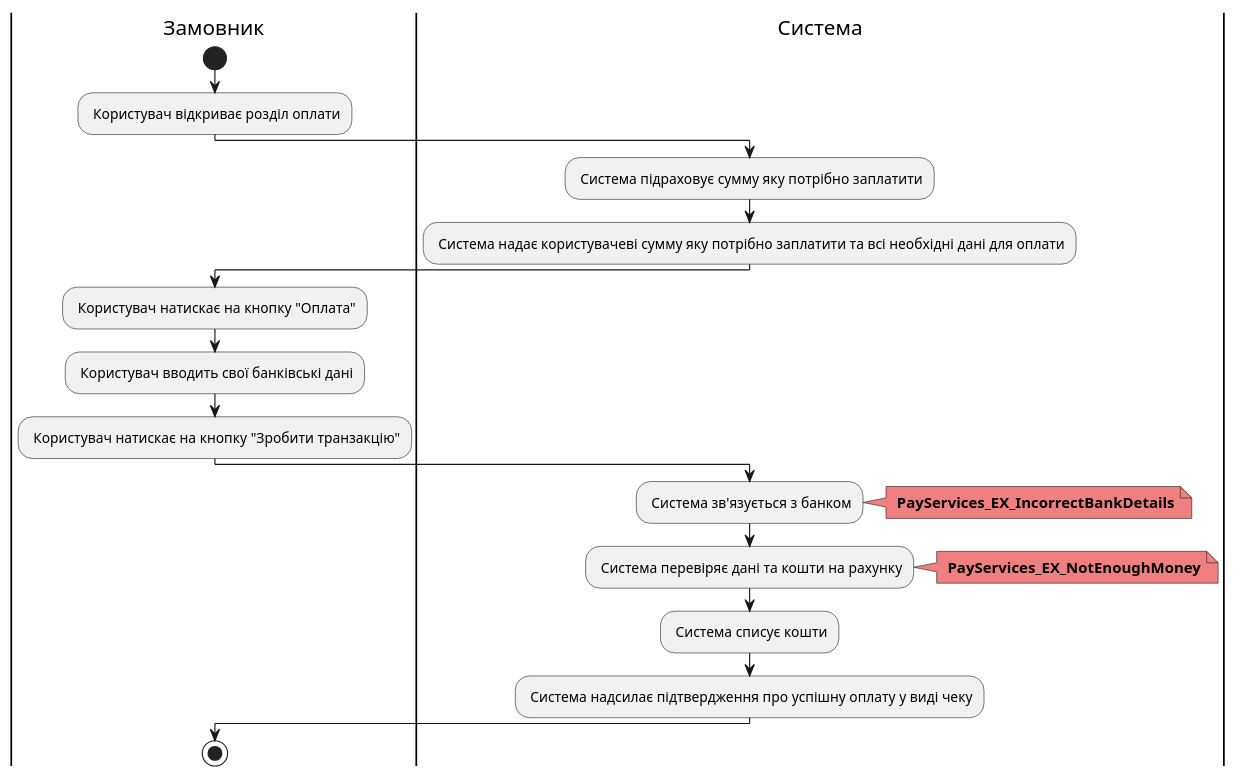
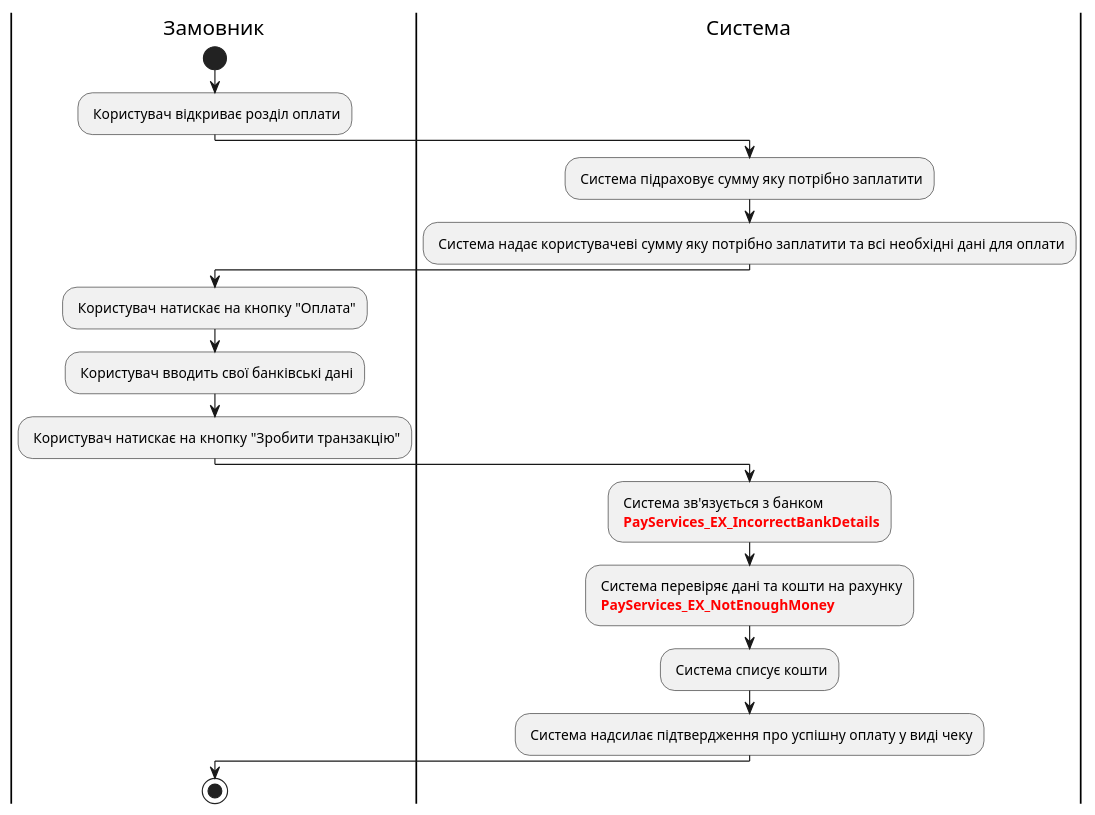
The tenth of 19 diagrams in docs/use cases/README.md (edu-db/edu_db_labs), drawn with PlantUML before and after one commit. The commit also changed other lines of this file, not shown here.

```diff
--- a/docs/use cases/README.md
+++ b/docs/use cases/README.md
@@ -392,32 +386,28 @@
 @startuml
 
     |Замовник|
     start;
     : Користувач відкриває розділ оплати;
 
     |Система|
     : Система підраховує сумму яку потрібно заплатити;
     : Система надає користувачеві сумму яку потрібно заплатити та всі необхідні дані для оплати;
 
     |Замовник|
     : Користувач натискає на кнопку "Оплата";
     : Користувач вводить свої банківські дані;
     : Користувач натискає на кнопку "Зробити транзакцію";
 
     |Система|
 
-    : Система зв'язується з банком;
-    note right  #F08080
-    <b> PayServices_EX_IncorrectBankDetails
-    end note
-    : Система перевіряє дані та кошти на рахунку;
-    note right #F08080
-    <b> PayServices_EX_NotEnoughMoney
-    end note
+    : Система зв'язується з банком
+    <font color="red"><b> PayServices_EX_IncorrectBankDetails;
+    : Система перевіряє дані та кошти на рахунку
+    <font color="red"><b> PayServices_EX_NotEnoughMoney;
     : Система списує кошти;
     : Система надсилає підтвердження про успішну оплату у виді чеку;
 
     |Замовник|
     stop;
 
 @enduml
```
